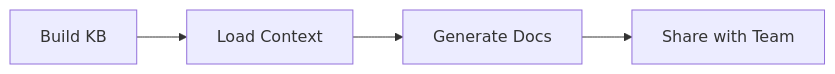
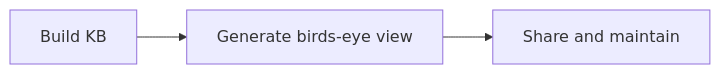
Before and after one commit to rp1-run/rp1: the diagram in docs/guides/team-onboarding.md, drawn with Mermaid. The commit also changed other lines of this file and 48 other files, not shown here.

````diff
--- a/docs/guides/team-onboarding.md
+++ b/docs/guides/team-onboarding.md
@@ -41,6 +27,5 @@
 ```mermaid
 flowchart LR
-    KB[Build KB] --> LOAD[Load Context]
-    LOAD --> DOC[Generate Docs]
-    DOC --> SHARE[Share with Team]
+    KB[Build KB] --> DOC[Generate birds-eye view]
+    DOC --> SHARE[Share and maintain]
 ```
````
